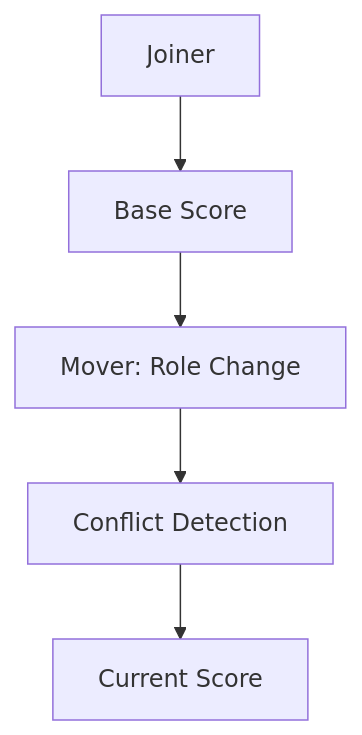
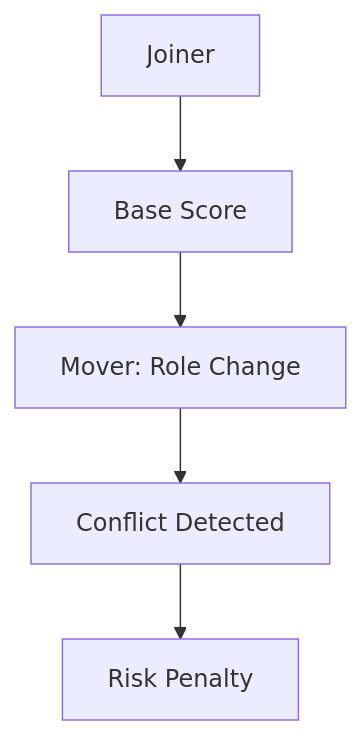
One commit to Devopstrio/identity-security-scorecard changed diagram 11 of 30 in README.md. Above: the diagram before and after it, drawn with Mermaid. The commit also changed other lines of this file, not shown here.

Commit message:
docs: finalize premium institutional-grade README with 30+ diagrams and executive summary

````diff
--- a/README.md
+++ b/README.md
@@ -190,7 +189,7 @@
 ```mermaid
 graph TD
-    Hire[Joiner] --> Base[Base Score]
+    Join[Joiner] --> Base[Base Score]
     Base --> Change[Mover: Role Change]
-    Change --> Risk[Conflict Detection]
-    Risk --> Final[Current Score]
+    Change --> Risk[Conflict Detected]
+    Risk --> Score[Risk Penalty]
 ```
````
